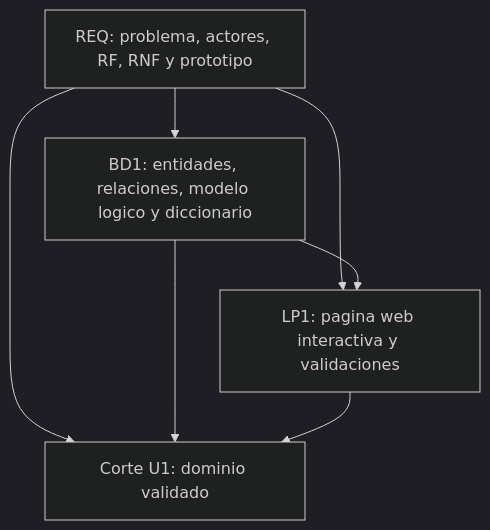
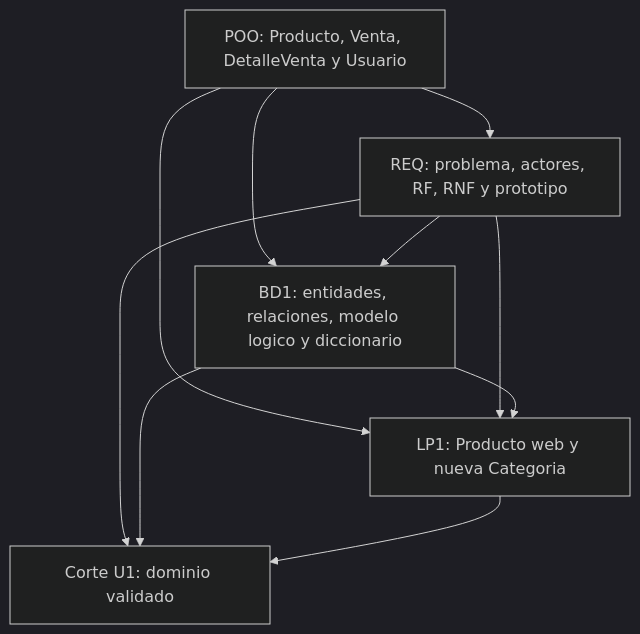
One commit to 262ciclo3/bomstart changed the first of 2 diagrams in docs/proyecto-integrador/u1/index.md. Above: the diagram before and after it, drawn with Mermaid (dark theme). The commit also changed other lines of this file and 14 other files, not shown here.

````diff
--- a/docs/proyecto-integrador/u1/index.md
+++ b/docs/proyecto-integrador/u1/index.md
@@ -24,14 +26,18 @@
 ```mermaid
 flowchart TB
     A[REQ: problema, actores, RF, RNF y prototipo]
     B[BD1: entidades, relaciones, modelo logico y diccionario]
-    C[LP1: pagina web interactiva y validaciones]
+    P[POO: Producto, Venta, DetalleVenta y Usuario]
+    C[LP1: Producto web y nueva Categoria]
     D[Corte U1: dominio validado]
 
+    P --> A
+    P --> B
+    P --> C
     A --> B
     A --> C
     B --> C
     A --> D
     B --> D
     C --> D
 ```
````
